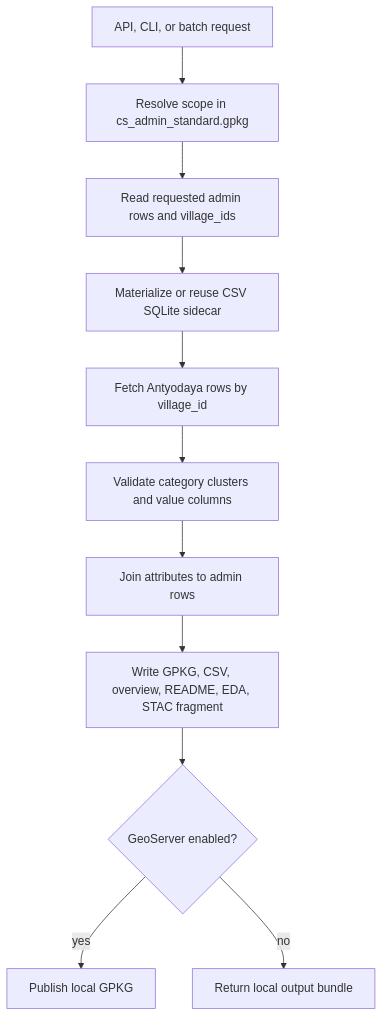
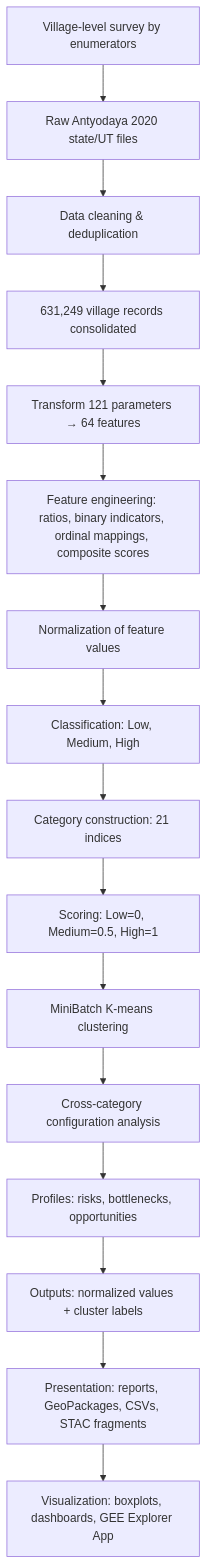
Before and after one commit to core-stack-org/core-stack-backend: the diagram in computing/misc/antyodaya/README.md, drawn with Mermaid. The commit also changed other lines of this file and 10 other files, not shown here.

````diff
--- a/computing/misc/antyodaya/README.md
+++ b/computing/misc/antyodaya/README.md
@@ -6,13 +200,18 @@
 ```mermaid
 flowchart TD
-    A[API, CLI, or batch request] --> B[Resolve scope in cs_admin_standard.gpkg]
-    B --> C[Read requested admin rows and village_ids]
-    C --> D[Materialize or reuse CSV SQLite sidecar]
-    D --> E[Fetch Antyodaya rows by village_id]
-    E --> F[Validate category clusters and value columns]
-    F --> G[Join attributes to admin rows]
-    G --> H[Write GPKG, CSV, overview, README, EDA, STAC fragment]
-    H --> I{GeoServer enabled?}
-    I -- yes --> J[Publish local GPKG]
-    I -- no --> K[Return local output bundle]
+    A[Village-level survey by enumerators] --> B[Raw Antyodaya 2020 state/UT files]
+    B --> C[Data cleaning & deduplication]
+    C --> D[631,249 village records consolidated]
+    D --> E[Transform 121 parameters → 64 features]
+    E --> F[Feature engineering: ratios, binary indicators, ordinal mappings, composite scores]
+    F --> G[Normalization of feature values]
+    G --> H[Classification: Low, Medium, High]
+    H --> I[Category construction: 21 indices]
+    I --> J[Scoring: Low=0, Medium=0.5, High=1]
+    J --> K[MiniBatch K-means clustering]
+    K --> L[Cross-category configuration analysis]
+    L --> M[Profiles: risks, bottlenecks, opportunities]
+    M --> N[Outputs: normalized values + cluster labels]
+    N --> O[Presentation: reports, GeoPackages, CSVs, STAC fragments]
+    O --> P[Visualization: boxplots, dashboards, GEE Explorer App]
 ```
````
